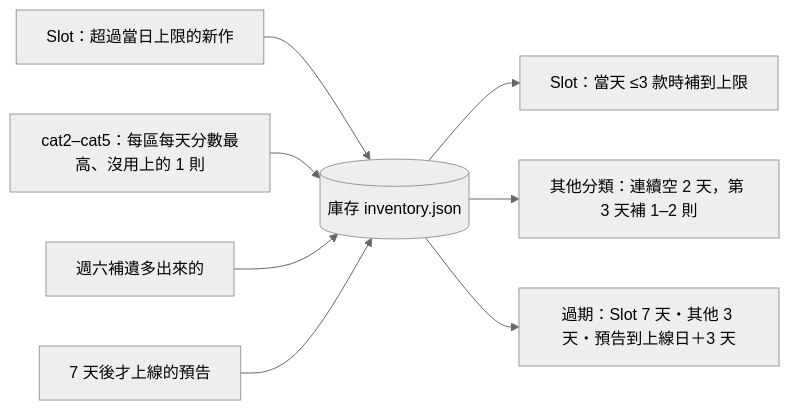
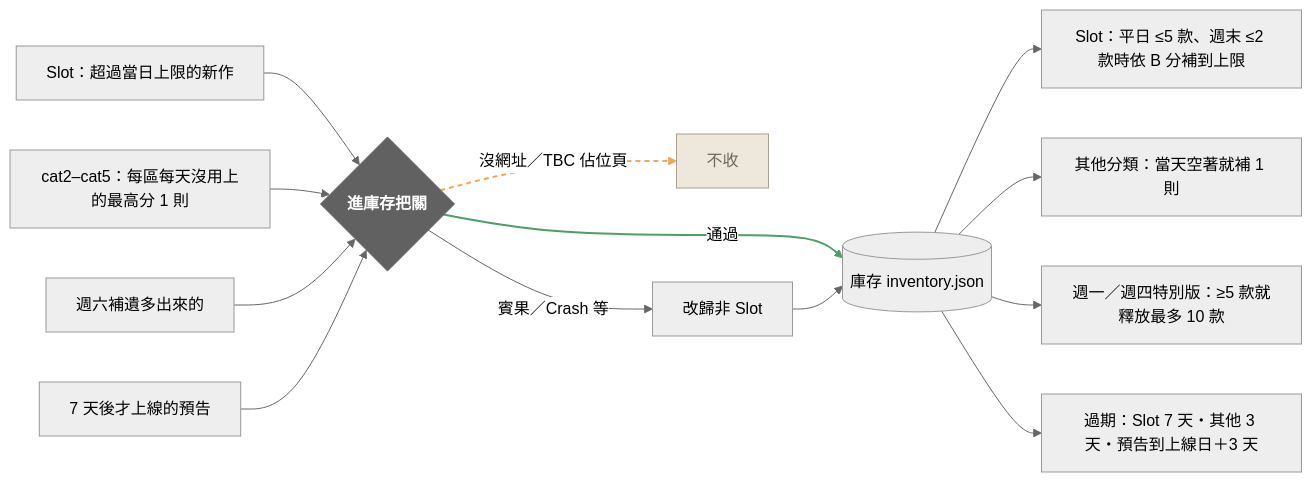
Before and after one commit to igaming-pulse/igaming-daily: the fifth of 6 diagrams in OutputLogic.md, drawn with Mermaid (neutral theme). The commit also changed other lines of this file and 2 other files, not shown here.

````diff
--- a/OutputLogic.md
+++ b/OutputLogic.md
@@ -165,13 +177,22 @@
 ```mermaid
 flowchart LR
-  I1["Slot：超過當日上限的新作"] --> INV[("庫存 inventory.json")]
-  I2["cat2–cat5：每區每天分數最高、沒用上的 1 則"] --> INV
-  I3["週六補遺多出來的"] --> INV
-  I4["7 天後才上線的預告"] --> INV
-  INV --> O1["Slot：當天 ≤3 款時補到上限"]
-  INV --> O2["其他分類：連續空 2 天，第 3 天補 1–2 則"]
+  I1["Slot：超過當日上限的新作"] --> GATE{"進庫存把關"}
+  I2["cat2–cat5：每區每天沒用上的最高分 1 則"] --> GATE
+  I3["週六補遺多出來的"] --> GATE
+  I4["7 天後才上線的預告"] --> GATE
+  GATE -- "沒網址／TBC 佔位頁" --> REJ["不收"]
+  GATE -- "賓果／Crash 等" --> MV["改歸非 Slot"]
+  GATE -- 通過 --> INV[("庫存 inventory.json")]
+  MV --> INV
+  INV --> O1["Slot：平日 ≤5 款、週末 ≤2 款時依 B 分補到上限"]
+  INV --> O2["其他分類：當天空著就補 1 則"]
+  INV --> O3["週一／週四特別版：≥5 款就釋放最多 10 款"]
   INV --> EX["過期：Slot 7 天・其他 3 天・預告到上線日＋3 天"]
   classDef gate fill:#616161,stroke:#616161,color:#FFFFFF,font-weight:700
   classDef out fill:#4E9E68,stroke:#3C7F52,color:#FFFFFF,font-weight:700
   classDef muted fill:#EEE8DC,stroke:#A99F8E,color:#6F675A
+  class GATE gate
+  class REJ muted
+  linkStyle 6 stroke:#4E9E68,stroke-width:2px
+  linkStyle 4 stroke:#F2A65A,stroke-width:2px,stroke-dasharray:5 4
 ```
````
